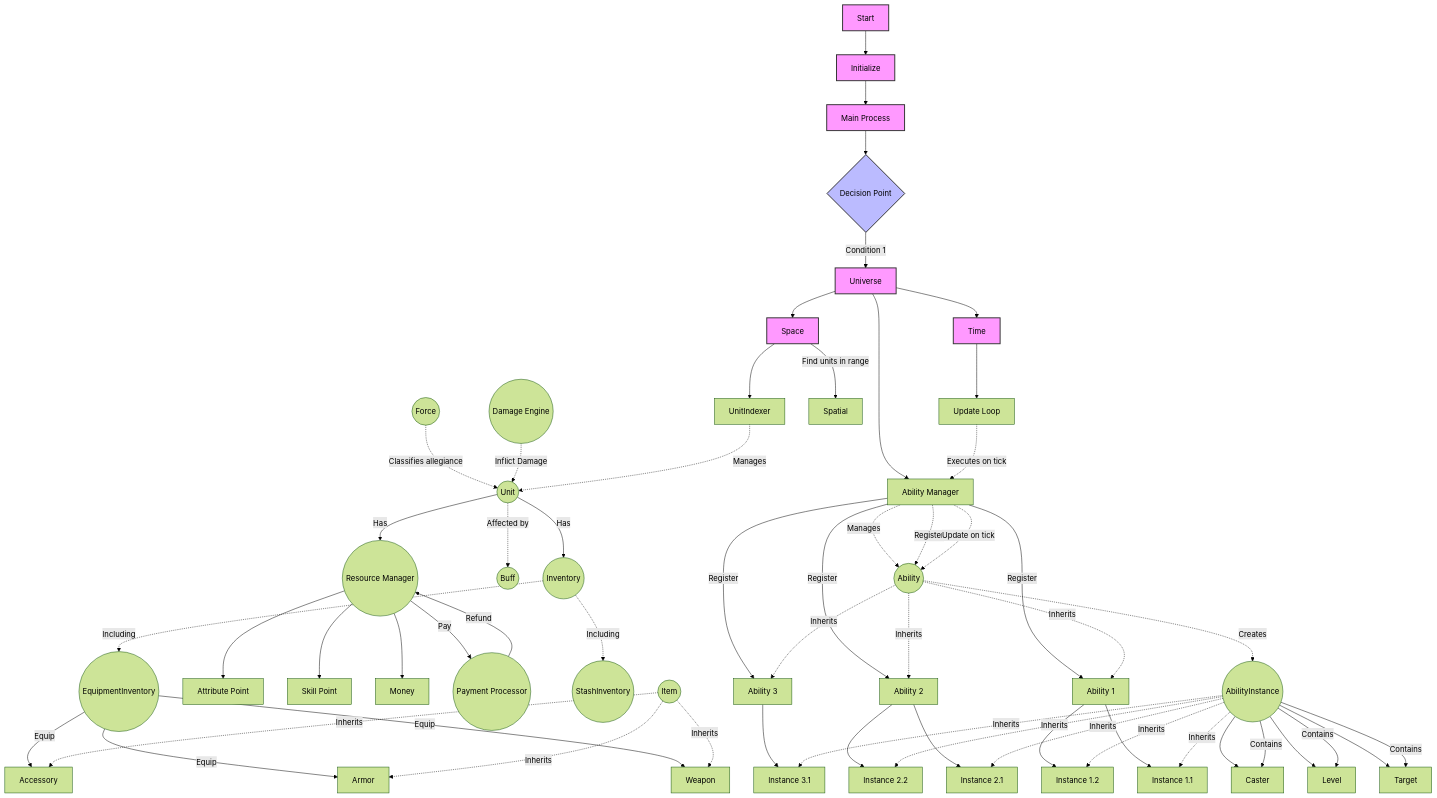
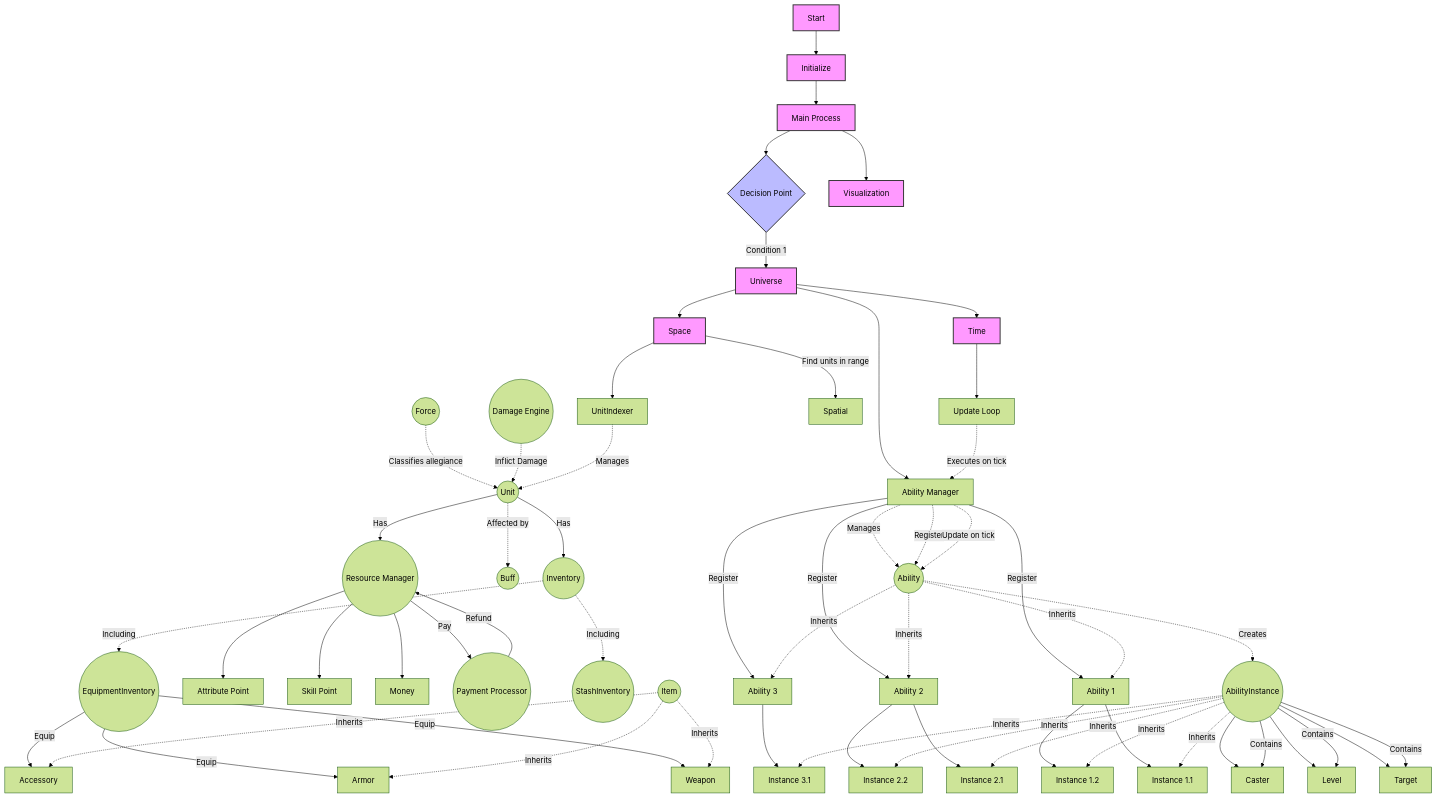
Before and after one commit to nvnamsss/Seyren: the first of 4 diagrams in docs/overview.md, drawn with Mermaid. The commit also changed 2 other files, not shown here.

Commit message:
feat(docs): Add detailed Theme Process Pipeline documentation with flowcharts and implementation steps

````diff
--- a/docs/overview.md
+++ b/docs/overview.md
@@ -9,6 +9,7 @@
     A[Start] --> B[Initialize]
     B --> C[Main Process]
     C --> D{Decision Point}
+    C --> Visualization[Visualization]
     
     %% Branches
     D -->|Condition 1| E[Universe]
@@ -143,7 +144,7 @@
     classDef decision fill:#bbf,stroke:#333,stroke-width:2px
     classDef result fill:#bfb,stroke:#333,stroke-width:2px
     
-    class A,B,C,E,F,G,H,I,J,K,L process
+    class A,B,C,E,F,G,H,I,J,K,L,Visualization process
     class D decision
     class M,N,O,P,Q,R result
 ```
````
